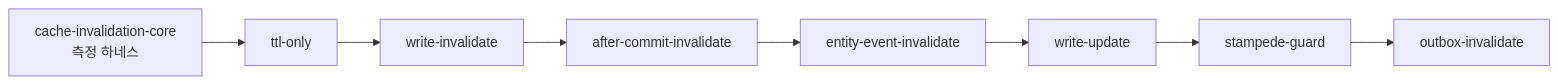
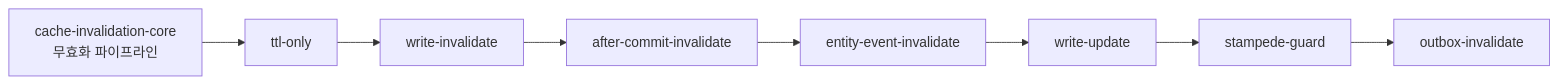
One commit to gmoon92/toy changed the diagram in spring-cache/cache-invalidation-strategy/docs/poc-scenarios.md. Above: the diagram before and after it, drawn with Mermaid. The commit also changed other lines of this file and 3 other files, not shown here.

````diff
--- a/spring-cache/cache-invalidation-strategy/docs/poc-scenarios.md
+++ b/spring-cache/cache-invalidation-strategy/docs/poc-scenarios.md
@@ -32,10 +32,10 @@
 ```mermaid
 flowchart LR
-    C["cache-invalidation-core<br/>측정 하네스"] --> T[ttl-only]
+    C["cache-invalidation-core<br/>무효화 파이프라인"] --> T[ttl-only]
     T --> W[write-invalidate]
     W --> A[after-commit-invalidate]
     A --> E[entity-event-invalidate]
     E --> U[write-update]
     U --> S[stampede-guard]
     S --> O[outbox-invalidate]
 ```
````
